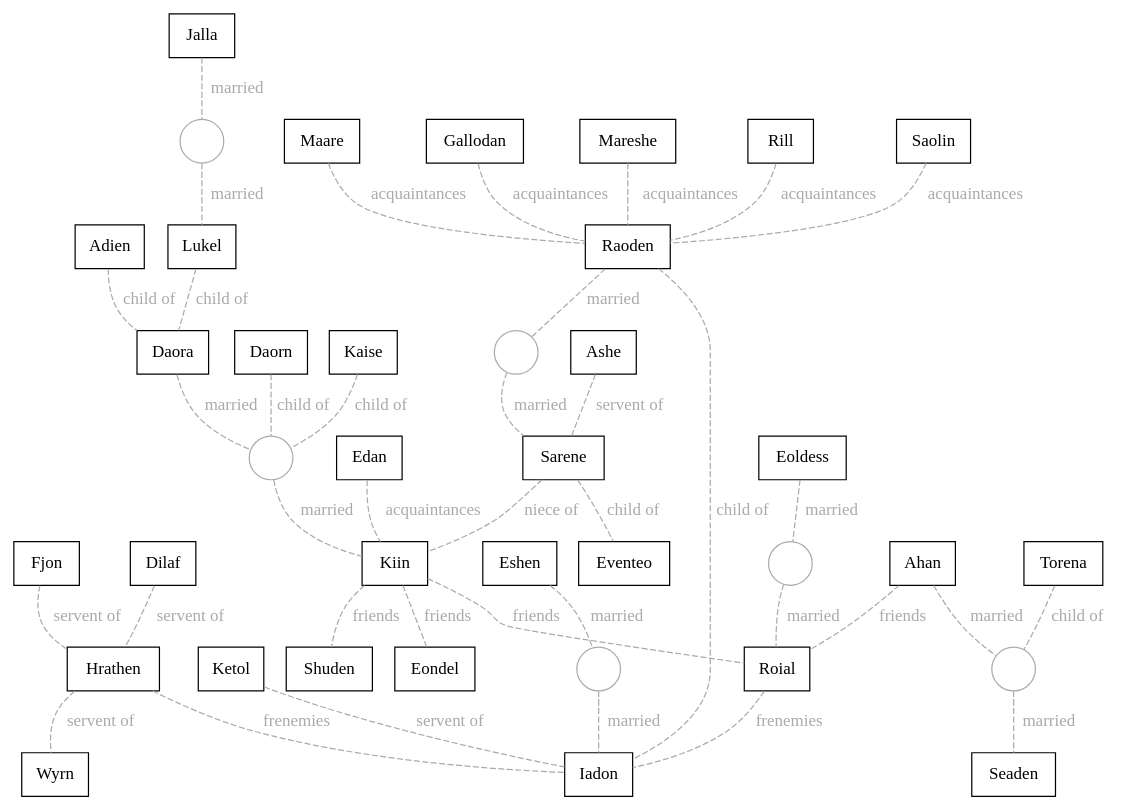
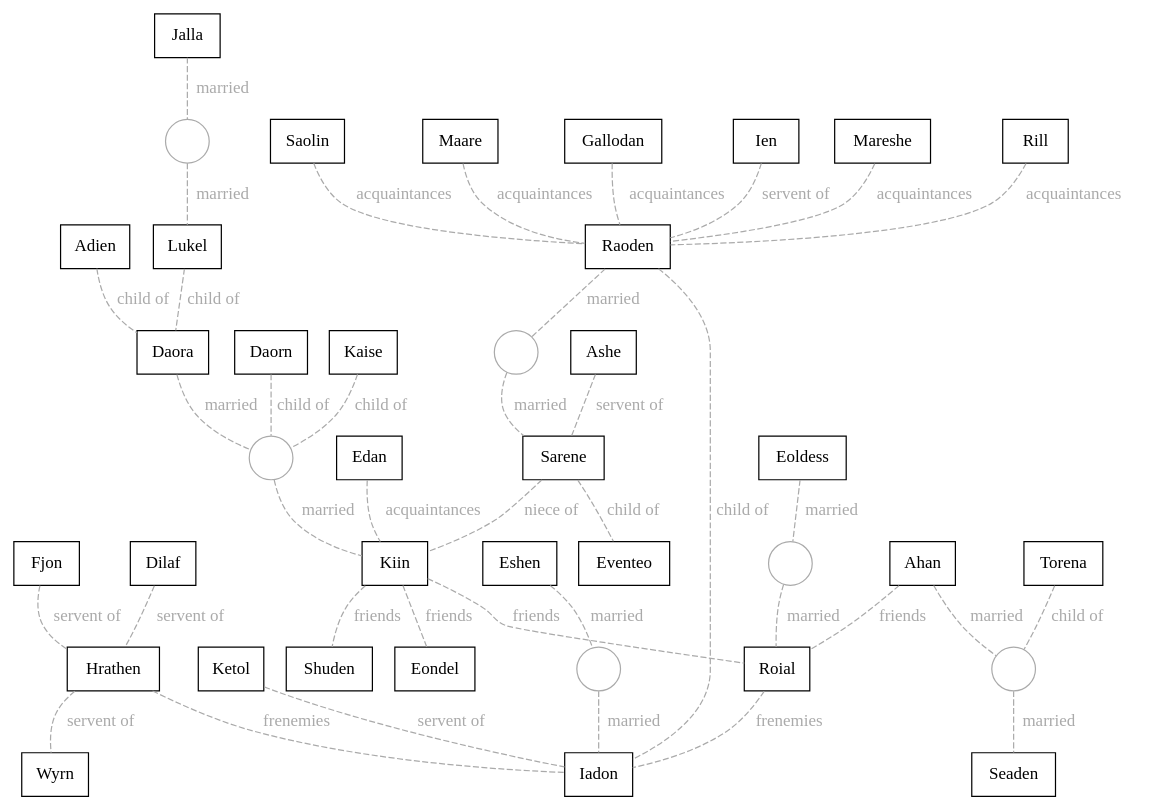
Before and after one commit to christopherball/christopherball.github.io: the diagram in tech/networkVisualizer/dot/elantris.dot, drawn with Graphviz.

Commit message:
Updating elantris.

```diff
--- a/tech/networkVisualizer/dot/elantris.dot
+++ b/tech/networkVisualizer/dot/elantris.dot
@@ -1,113 +1,115 @@
 digraph {
   // Global properties
   edge [dir=none, color="#AAAAAA", arrowhead="none"]
   compound=true
 
   // Characters
   subgraph Males {
     node [color="black", fillcolor="lightblue", shape="box"]
     Adien
     Ahan
     Ashe
     Daorn
     Dilaf
     Edan
     Eondel
     Eventeo
     Fjon
     Gallodan
     Hrathen
     Iadon
+    Ien
     Ketol
     Kiin
     Lukel
     Mareshe
     Raoden
     Rill
     Roial
     Saolin
     Shuden
     Wyrn
   }
   subgraph Females {
     node [color="black", fillcolor="pink", shape="box"]
     Daora
     Eoldess
     Eshen
     Jalla
     Kaise
     Maare
     Sarene
     Seaden
     Torena
   }
 
   // Married
   edge [label="married", dir=none, color="#AAAAAA", arrowhead="none", style="dashed", fontcolor="#AAAAAA"]
   node [color="#AAAAAA", fillcolor="transparent" shape="circle" label=""]
   Eshen -> mar_Eshen_Iadon -> Iadon
   Raoden -> mar_Raoden_Sarene -> Sarene
   Daora -> mar_Daora_Kiin -> Kiin
   Jalla -> mar_Jalla_Lukel -> Lukel
   Eoldess -> mar_Eoldess_Roial -> Roial
   Ahan -> mar_Ahan_Seaden -> Seaden
 
   // Lovers
   edge [label="lovers", dir=none, color="#AAAAAA", arrowhead="none", style="dashed", fontcolor="#AAAAAA"]
   node [color="#AAAAAA", fillcolor="transparent" shape="circle" label=""]
 
   // Cousins
   edge [label="cousins", dir=none, color="#AAAAAA", arrowhead="none", fontcolor="#AAAAAA"]
 
   // Friends
   edge [label="friends", dir=none, color="#AAAAAA", arrowhead="none", fontcolor="#AAAAAA"]
   Kiin -> Roial
   Kiin -> Eondel
   Kiin -> Shuden
   Ahan -> Roial
 
   // Frenemies
   edge [label="frenemies", dir=none, color="#AAAAAA", arrowhead="none", fontcolor="#AAAAAA"]
   Roial -> Iadon
   Hrathen -> Iadon
 
   // Acquaintances
   edge [label="acquaintances", dir=none, color="#AAAAAA", arrowhead="none", fontcolor="#AAAAAA"]
   Gallodan -> Raoden
   Mareshe -> Raoden
   Rill -> Raoden
   Saolin -> Raoden
   Maare -> Raoden
   Edan -> Kiin
 
   // Child Of
   edge [label="child of", dir=forward, color="#AAAAAA", arrowhead="none", fontcolor="#AAAAAA"]
   Sarene -> Eventeo
   Raoden -> Iadon
   Kaise -> mar_Daora_Kiin
   Daorn -> mar_Daora_Kiin
   Lukel -> Daora
   Adien -> Daora
   Torena -> mar_Ahan_Seaden
 
   // Foster Child Of
   edge [label="foster child of", dir=forward, color="#AAAAAA", arrowhead="none", fontcolor="#AAAAAA"]
 
   // Lieutenant Of
   edge [label="lieutenant of", dir=forward, color="#AAAAAA", arrowhead="none", fontcolor="#AAAAAA"]
 
   // Servent Of
   edge [label="servent of", dir=forward, color="#AAAAAA", arrowhead="none", fontcolor="#AAAAAA"]
   Ketol -> Iadon
   Ashe -> Sarene
   Dilaf -> Hrathen
   Fjon -> Hrathen
   Hrathen -> Wyrn
+  Ien -> Raoden
 
   // Nephew Of
   edge [label="nephew of", dir=forward, color="#AAAAAA", arrowhead="none", fontcolor="#AAAAAA"]
 
   // Niece Of
   edge [label="niece of", dir=forward, color="#AAAAAA", arrowhead="none", fontcolor="#AAAAAA"]
   Sarene -> Kiin
 }
```
